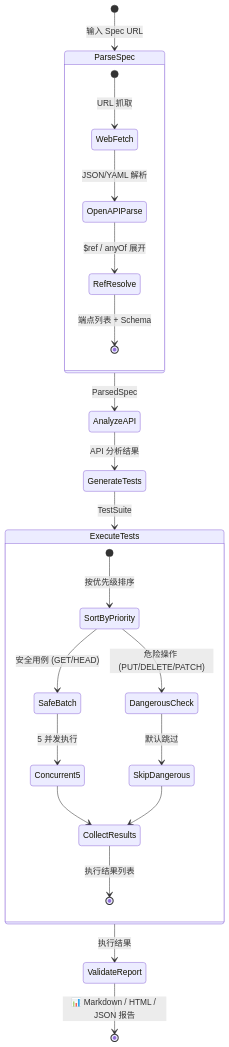
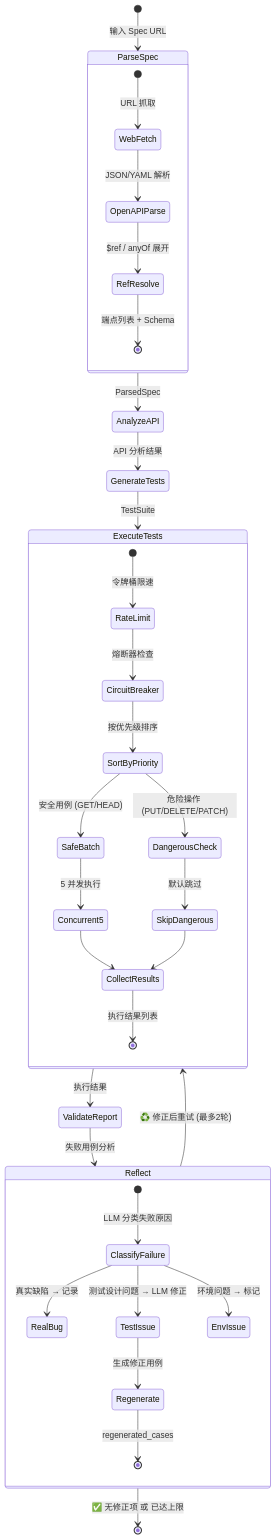
The second of 2 diagrams in README.md (lumfei/test-agent), drawn with Mermaid before and after one commit. The commit also changed other lines of this file and 20 other files, not shown here.

First line of the commit message:
feat: ReAct loop, Token Bucket, Circuit Breaker, 6-layer security, expanded payloads

````diff
--- a/README.md
+++ b/README.md
@@ -71,27 +95,40 @@
 ```mermaid
 stateDiagram-v2
     [*] --> ParseSpec: 输入 Spec URL
     ParseSpec --> AnalyzeAPI: ParsedSpec
     AnalyzeAPI --> GenerateTests: API 分析结果
     GenerateTests --> ExecuteTests: TestSuite
     ExecuteTests --> ValidateReport: 执行结果
-    ValidateReport --> [*]: 📊 Markdown / HTML / JSON 报告
+    ValidateReport --> Reflect: 失败用例分析
+    Reflect --> ExecuteTests: ♻️ 修正后重试 (最多2轮)
+    Reflect --> [*]: ✅ 无修正项 或 已达上限
 
     state ParseSpec {
         [*] --> WebFetch: URL 抓取
         WebFetch --> OpenAPIParse: JSON/YAML 解析
         OpenAPIParse --> RefResolve: $ref / anyOf 展开
         RefResolve --> [*]: 端点列表 + Schema
     }
 
     state ExecuteTests {
-        [*] --> SortByPriority: 按优先级排序
+        [*] --> RateLimit: 令牌桶限速
+        RateLimit --> CircuitBreaker: 熔断器检查
+        CircuitBreaker --> SortByPriority: 按优先级排序
         SortByPriority --> SafeBatch: 安全用例 (GET/HEAD)
         SortByPriority --> DangerousCheck: 危险操作 (PUT/DELETE/PATCH)
         SafeBatch --> Concurrent5: 5 并发执行
         DangerousCheck --> SkipDangerous: 默认跳过
         Concurrent5 --> CollectResults
         SkipDangerous --> CollectResults
         CollectResults --> [*]: 执行结果列表
     }
+
+    state Reflect {
+        [*] --> ClassifyFailure: LLM 分类失败原因
+        ClassifyFailure --> RealBug: 真实缺陷 → 记录
+        ClassifyFailure --> TestIssue: 测试设计问题 → LLM 修正
+        ClassifyFailure --> EnvIssue: 环境问题 → 标记
+        TestIssue --> Regenerate: 生成修正用例
+        Regenerate --> [*]: regenerated_cases
+    }
 ```
````
